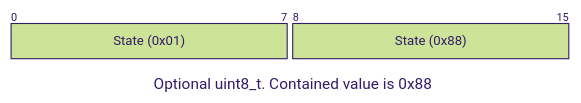
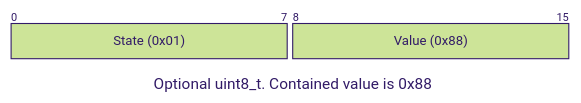
The seventh of 8 diagrams in docs/binary.md (tzijnge/LotusRpc), drawn with Mermaid (forest theme) before and after one commit. The commit also changed other lines of this file and 46 other files, not shown here.

````diff
--- a/docs/binary.md
+++ b/docs/binary.md
@@ -134,11 +152,11 @@
 ``` mermaid
 ---
 title: "Optional uint8_t. Contained value is 0x88"
 config:
   packet:
     bitsPerRow: 16
 ---
 packet
 +8: "State (0x01)"
-+8: "State (0x88)"
++8: "Value (0x88)"
 ```
````
